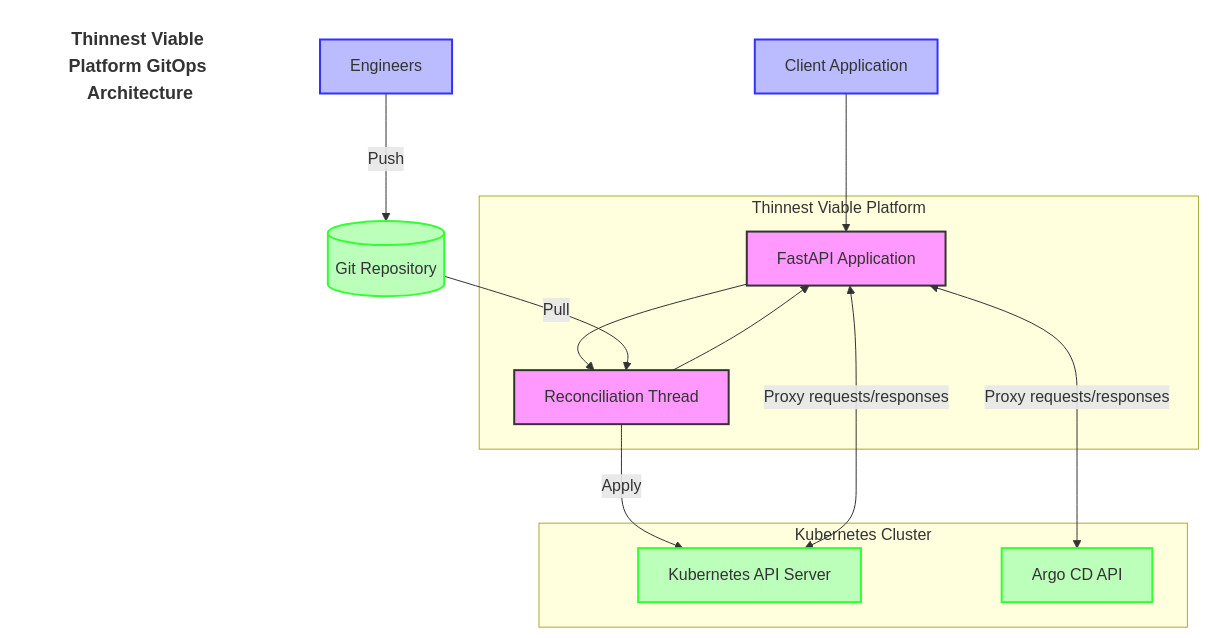
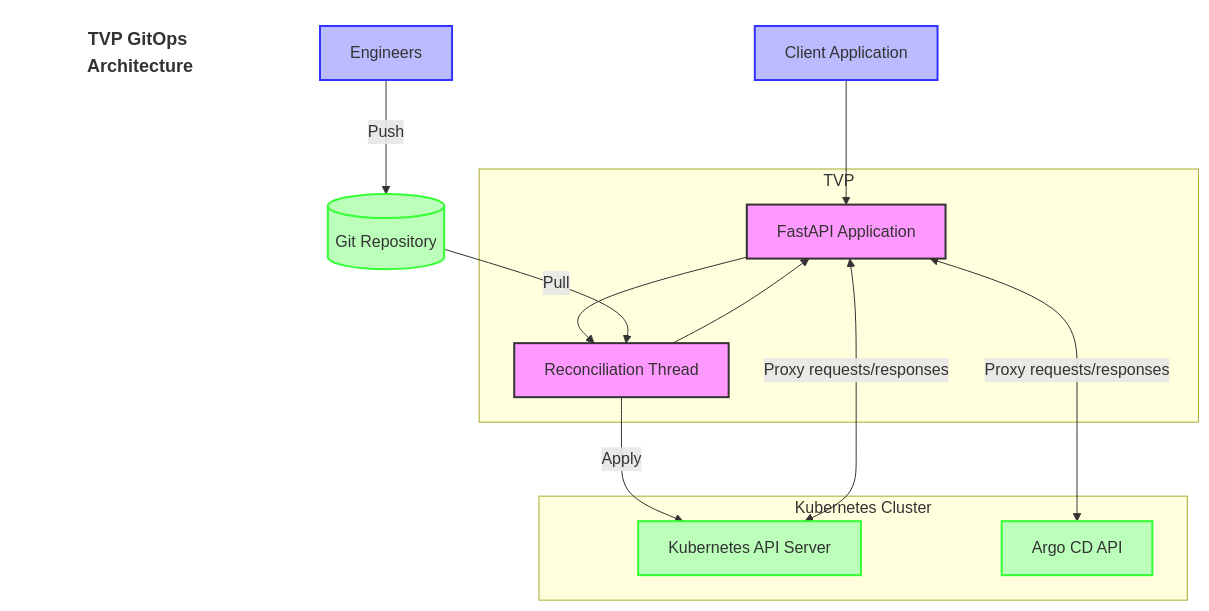
The first of 11 diagrams in README.md (lloydchang/tvp-k8s), drawn with Mermaid before and after one commit. The commit also changed other lines of this file and 15 other files, not shown here.

````diff
--- a/README.md
+++ b/README.md
@@ -320,33 +320,33 @@
 ```mermaid
 flowchart TB
-    title[Thinnest Viable Platform GitOps Architecture]
+    title[TVP GitOps Architecture]
     style title fill:none,stroke:none,font-size:18px,font-weight:bold
-    subgraph "Thinnest Viable Platform"
+    subgraph "TVP"
         API[FastAPI Application]
         RT[Reconciliation Thread]
         
         API --> RT
         RT --> API
     end
     
     Eng[Engineers] -->|Push| GitRepo[(Git Repository)]
     GitRepo -->|Pull| RT
     RT -->|Apply| KubernetesAPI
     
     subgraph "Kubernetes Cluster"
         KubernetesAPI[Kubernetes API Server]
         ArgoCD[Argo CD API]
     end
     
     Client[Client Application] --> API
     API <-->|Proxy requests/responses| KubernetesAPI
     API <-->|Proxy requests/responses| ArgoCD
     
     classDef platform fill:#f9f,stroke:#333,stroke-width:2px
     classDef external fill:#bfb,stroke:#3f3,stroke-width:2px
     classDef user fill:#bbf,stroke:#33f,stroke-width:2px
     
     class API,RT platform
     class KubernetesAPI,ArgoCD,GitRepo external
     class Eng,Client user
 ```
````
